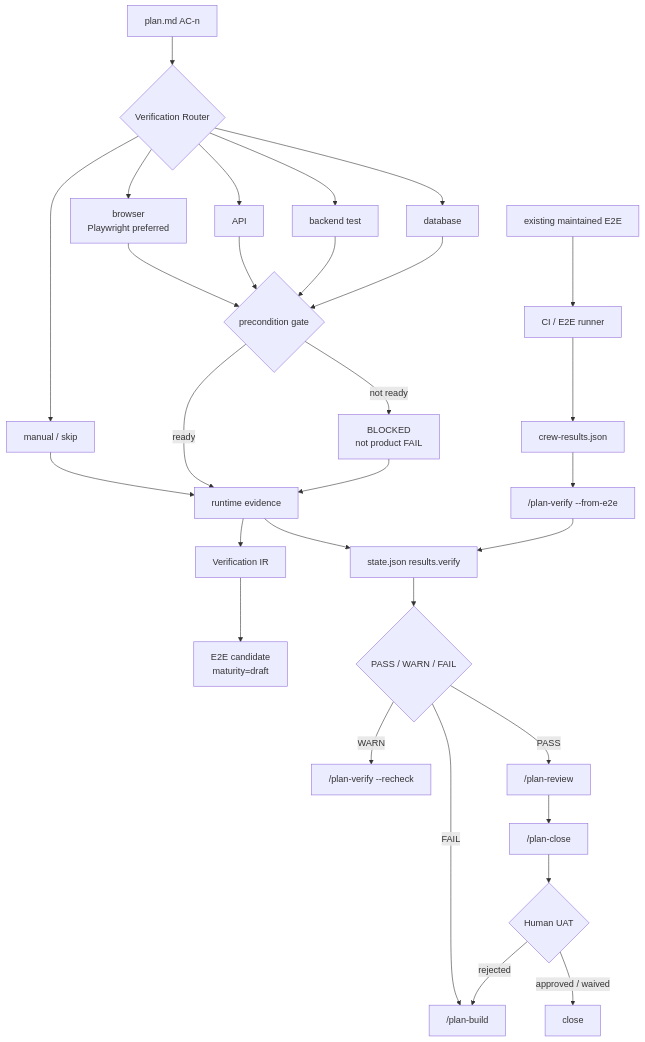
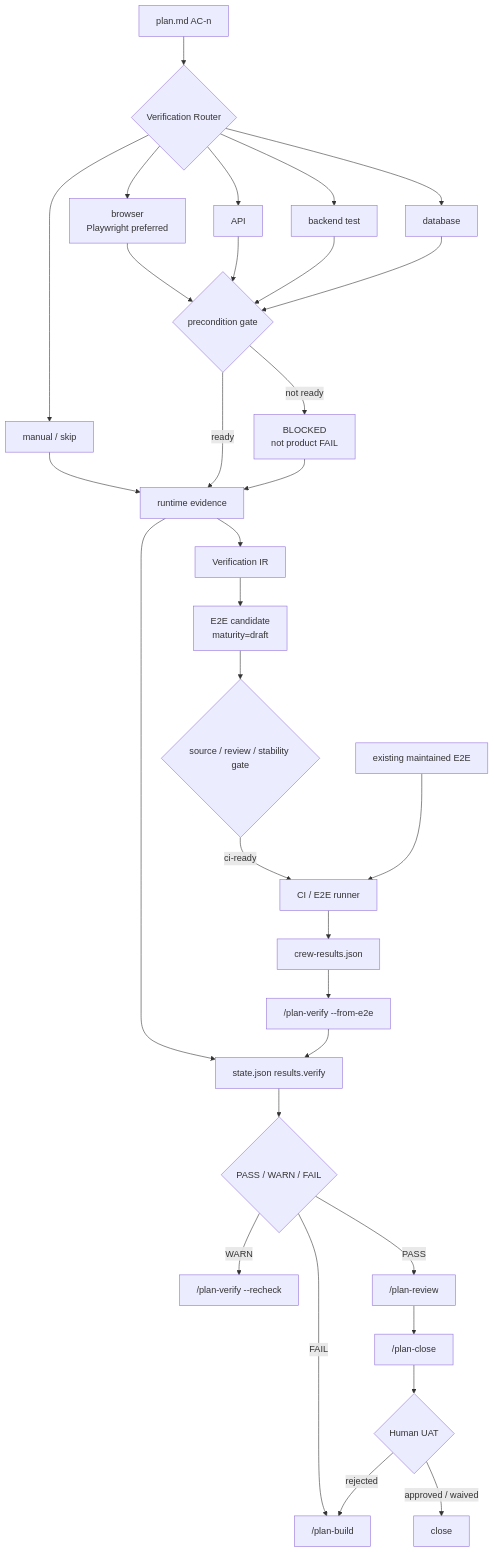
Before and after one commit to mark22013333/crew: the fifth of 5 diagrams in plugins/feature-workflow/README.md, drawn with Mermaid. The commit also changed other lines of this file and 9 other files, not shown here.

````diff
--- a/plugins/feature-workflow/README.md
+++ b/plugins/feature-workflow/README.md
@@ -309,34 +309,36 @@
 ```mermaid
 flowchart TD
     AC["plan.md AC-n"] --> Router{"Verification Router"}
     Router --> Browser["browser<br/>Playwright preferred"]
     Router --> API["API"]
     Router --> Backend["backend test"]
     Router --> DB["database"]
     Router --> Manual["manual / skip"]
     Browser --> Pre{"precondition gate"}
     API --> Pre
     Backend --> Pre
     DB --> Pre
     Manual --> Evidence["runtime evidence"]
     Pre -- "ready" --> Evidence
     Pre -- "not ready" --> Blocked["BLOCKED<br/>not product FAIL"]
     Blocked --> Evidence
     Evidence --> Result["state.json results.verify"]
     Evidence --> IR["Verification IR"]
     IR --> Draft["E2E candidate<br/>maturity=draft"]
+    Draft --> Promote{"source / review / stability gate"}
+    Promote -- "ci-ready" --> CI["CI / E2E runner"]
 
-    Existing["existing maintained E2E"] --> CI["CI / E2E runner"]
+    Existing["existing maintained E2E"] --> CI
     CI --> Artifact["crew-results.json"]
     Artifact --> Import["/plan-verify --from-e2e"]
     Import --> Result
 
     Result --> Status{"PASS / WARN / FAIL"}
     Status -- "FAIL" --> Build["/plan-build"]
     Status -- "WARN" --> Recheck["/plan-verify --recheck"]
     Status -- "PASS" --> Review["/plan-review"]
     Review --> Close["/plan-close"]
     Close --> UAT{"Human UAT"}
     UAT -- "rejected" --> Build
     UAT -- "approved / waived" --> Done["close"]
 ```
````
